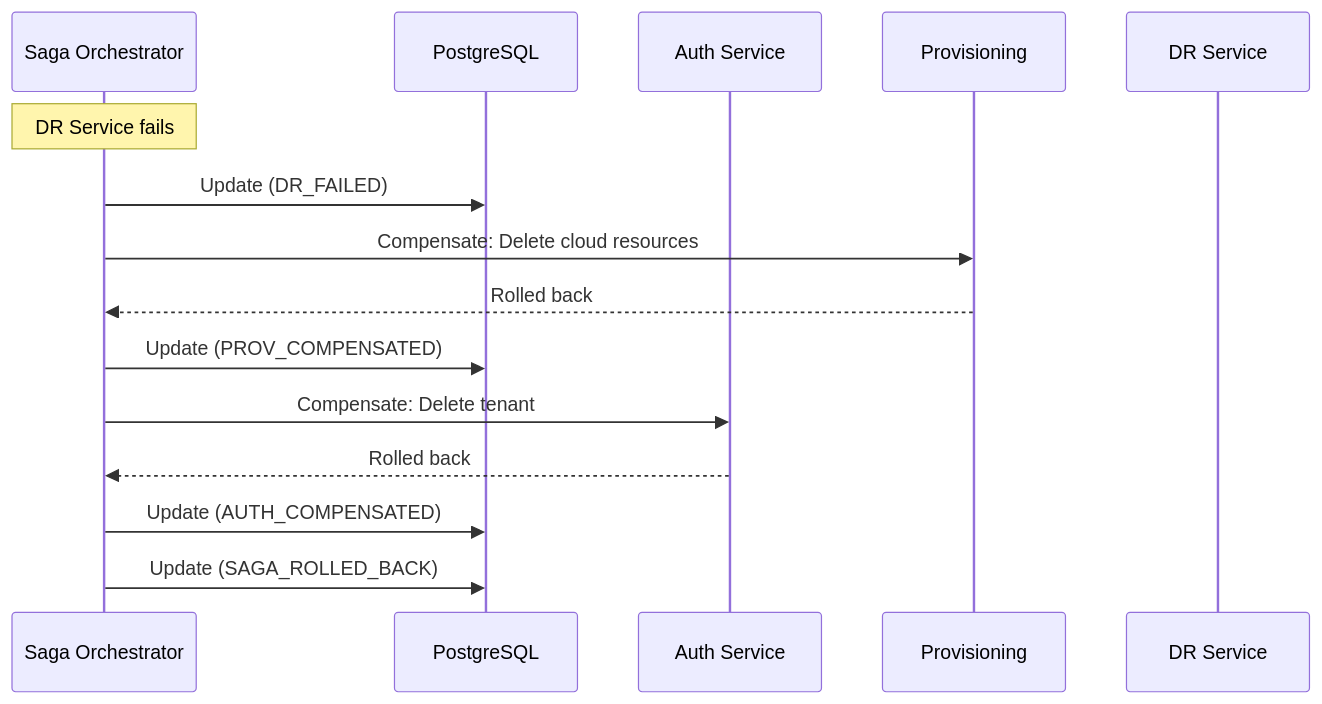
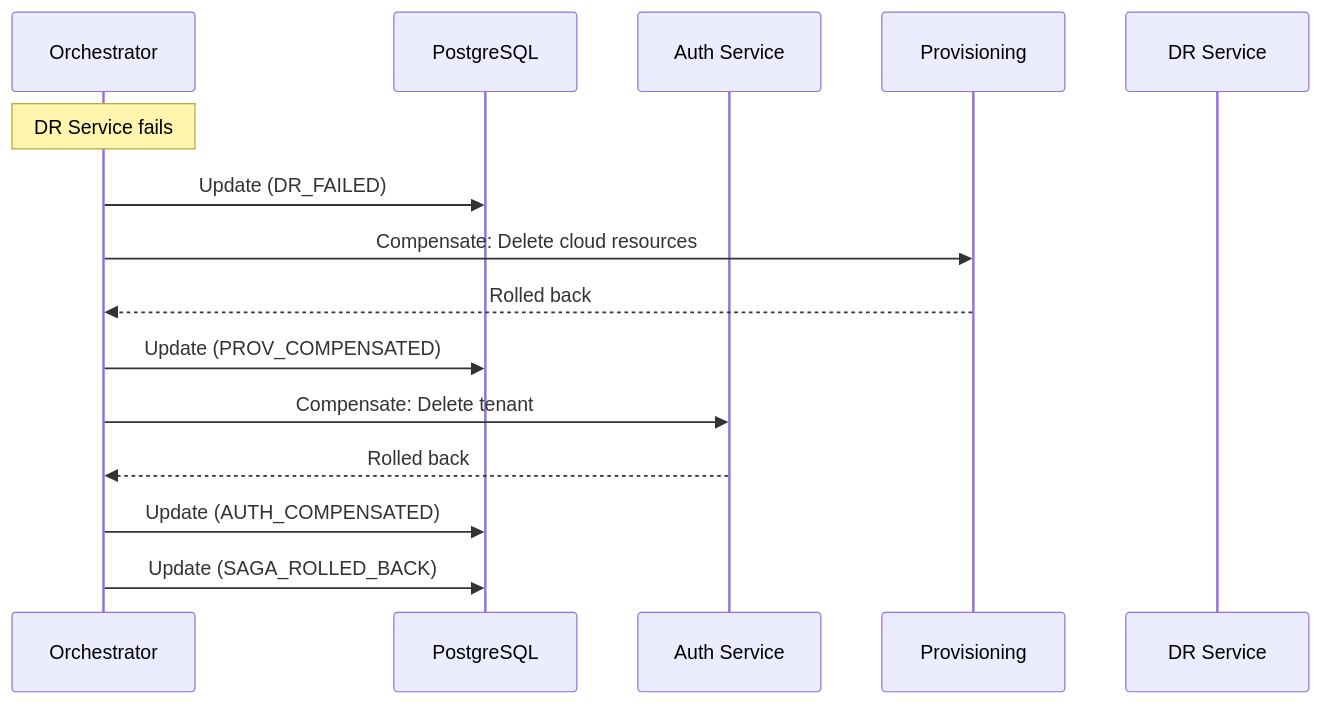
One commit to pwilliams-ck/engineering-projects changed the fourth of 5 diagrams in cloud-platform/README.md. Above: the diagram before and after it, drawn with Mermaid. The commit also changed other lines of this file, not shown here.

````diff
--- a/cloud-platform/README.md
+++ b/cloud-platform/README.md
@@ -153,22 +153,22 @@
 ```mermaid
 sequenceDiagram
-    participant Saga as Saga Orchestrator
+    participant ORCH as Orchestrator
     participant DB as PostgreSQL
     participant Auth as Auth Service
     participant Prov as Provisioning
     participant DRS as DR Service
 
-    Note over Saga: DR Service fails
+    Note over ORCH: DR Service fails
 
-    Saga->>DB: Update (DR_FAILED)
+    ORCH->>DB: Update (DR_FAILED)
 
-    Saga->>Prov: Compensate: Delete cloud resources
-    Prov-->>Saga: Rolled back
-    Saga->>DB: Update (PROV_COMPENSATED)
+    ORCH->>Prov: Compensate: Delete cloud resources
+    Prov-->>ORCH: Rolled back
+    ORCH->>DB: Update (PROV_COMPENSATED)
 
-    Saga->>Auth: Compensate: Delete tenant
-    Auth-->>Saga: Rolled back
-    Saga->>DB: Update (AUTH_COMPENSATED)
+    ORCH->>Auth: Compensate: Delete tenant
+    Auth-->>ORCH: Rolled back
+    ORCH->>DB: Update (AUTH_COMPENSATED)
 
-    Saga->>DB: Update (SAGA_ROLLED_BACK)
+    ORCH->>DB: Update (SAGA_ROLLED_BACK)
 ```
````
